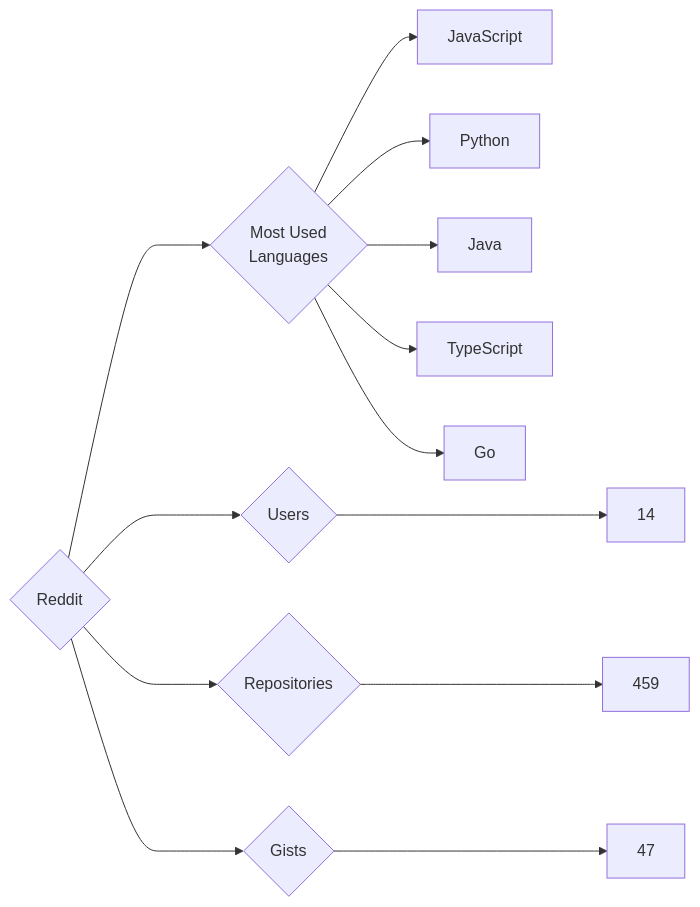
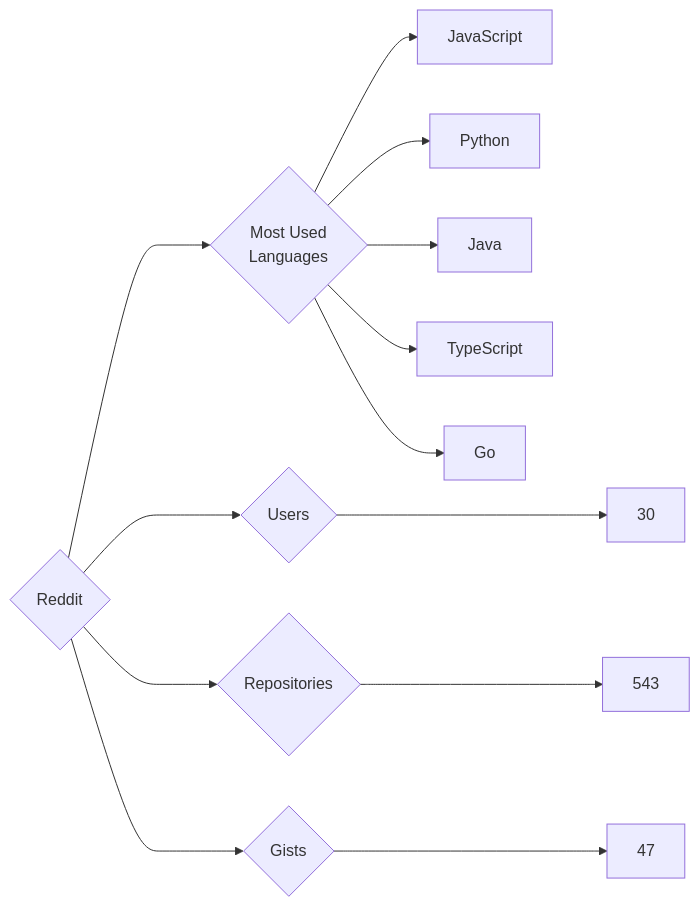
The diagram in targets/Reddit/README.md (trickest/insiders), drawn with Mermaid before and after one commit. The commit also changed 682 other files, not shown here.

````diff
--- a/targets/Reddit/README.md
+++ b/targets/Reddit/README.md
@@ -3,13 +3,13 @@
 ```mermaid
 graph LR
 COMPANY_NAME{Reddit}
-COMPANY_NAME ---> U{Users} ---> UN[14]
-COMPANY_NAME ---> R{Repositories} ---> RN[459]
+COMPANY_NAME ---> U{Users} ---> UN[30]
+COMPANY_NAME ---> R{Repositories} ---> RN[543]
 COMPANY_NAME ---> G{Gists} ---> GN[47]
 COMPANY_NAME ---> ML{Most Used<br>Languages}
 ML --> JavaScript[JavaScript]
 ML --> Python[Python]
 ML --> Java[Java]
 ML --> TypeScript[TypeScript]
 ML --> Go[Go]
 ```
````
